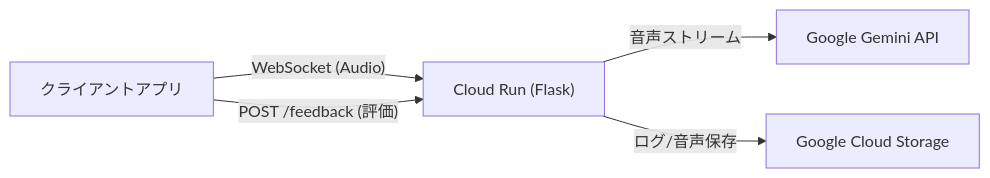
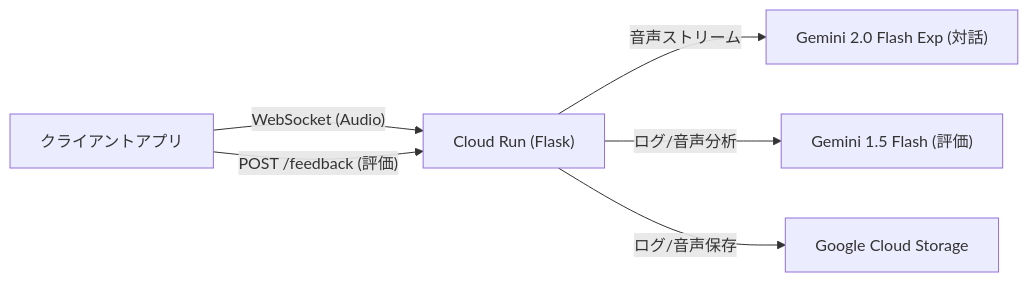
The diagram in readme.md (ktwebsite/live_talk_app_realtime), drawn with Mermaid before and after one commit. The commit also changed other lines of this file, not shown here.

Commit message:
Add info about Gemini 1.5 Flash evaluation to README

````diff
--- a/readme.md
+++ b/readme.md
@@ -22,7 +21,8 @@
 ```mermaid
 graph LR
     Client["クライアントアプリ"] -- "WebSocket (Audio)" --> CloudRun["Cloud Run (Flask)"]
     Client -- "POST /feedback (評価)" --> CloudRun
-    CloudRun -- "音声ストリーム" --> Gemini["Google Gemini API"]
+    CloudRun -- "音声ストリーム" --> Gemini["Gemini 2.0 Flash Exp (対話)"]
+    CloudRun -- "ログ/音声分析" --> GeminiEval["Gemini 1.5 Flash (評価)"]
     CloudRun -- "ログ/音声保存" --> GCS["Google Cloud Storage"]
 ```
````
